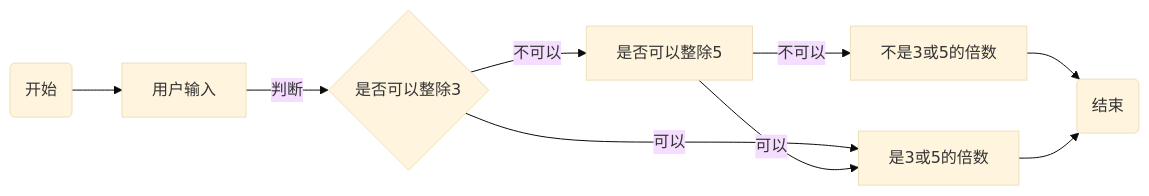
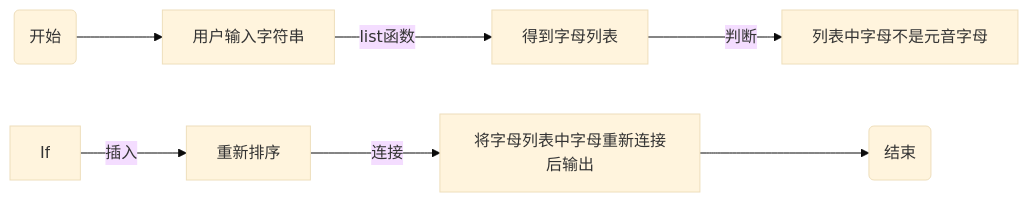
The diagram in experiment3.md (ijefie/gittt), drawn with Mermaid (base theme) before and after one commit.

Commit message:
改

````diff
--- a/experiment3.md
+++ b/experiment3.md
@@ -132,12 +132,9 @@
 ```mermaid
 flowchart  LR
-Start(开始) --> Scanf[用户输入]
-    Scanf --> |判断|If{是否可以整除3}
-If --> |不可以|ou[是否可以整除5]
-If --> |可以|ji[是3或5的倍数]
-ou --> |可以|ji[是3或5的倍数]
-ou --> |不可以|bu[不是3或5的倍数]
-    bu --> End(结束)
-    ji --> End(结束)
-
+Start(开始) --> Scanf[用户输入字符串]
+    Scanf --> |list函数|zhu[得到字母列表]
+zhu --> |判断|if[列表中字母不是元音字母]
+If --> |插入|ji[重新排序]
+    ji --> |连接|ou[将字母列表中字母重新连接后输出]
+    ou --> End(结束)
 ```
````
